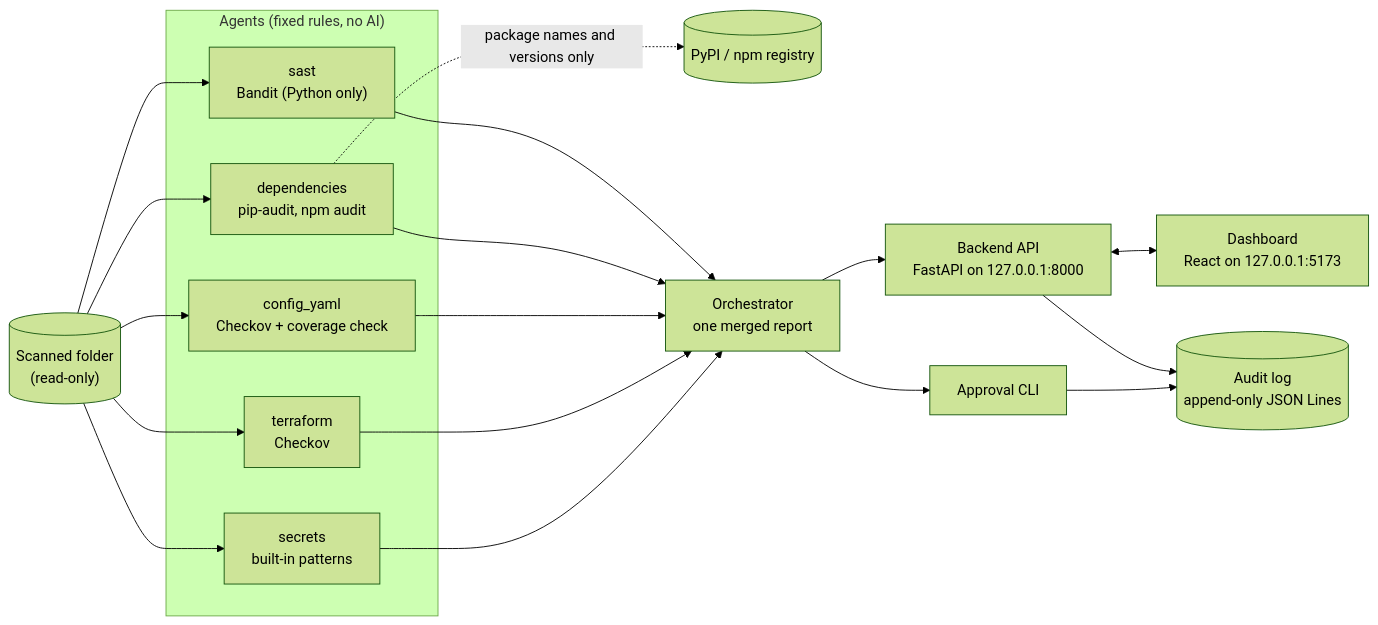
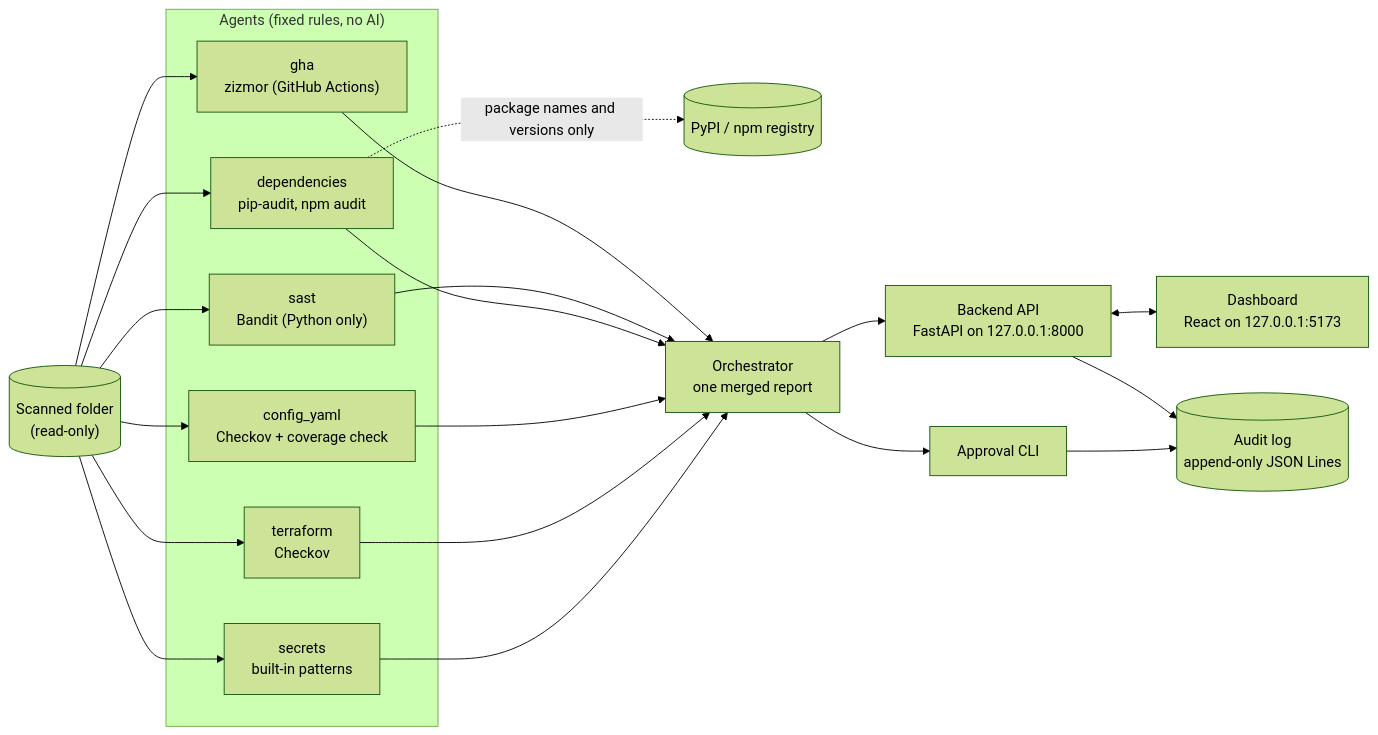
Before and after one commit to samiiraqi/sentinel: the diagram in README.md, drawn with Mermaid (forest theme). The commit also changed other lines of this file and 15 other files, not shown here.

First line of the commit message:
feat: add GitHub Actions security agent (zizmor, offline)

````diff
--- a/README.md
+++ b/README.md
@@ -19,19 +19,20 @@
 ```mermaid
 flowchart LR
     folder[("Scanned folder<br/>(read-only)")]
     subgraph agents["Agents (fixed rules, no AI)"]
         sec["secrets<br/>built-in patterns"]
         tf["terraform<br/>Checkov"]
         cy["config_yaml<br/>Checkov + coverage check"]
         dep["dependencies<br/>pip-audit, npm audit"]
         sast["sast<br/>Bandit (Python only)"]
+        gha["gha<br/>zizmor (GitHub Actions)"]
     end
-    folder --> sec & tf & cy & dep & sast
+    folder --> sec & tf & cy & dep & sast & gha
     dep -. "package names and versions only" .-> reg[("PyPI / npm registry")]
-    sec & tf & cy & dep & sast --> orch["Orchestrator<br/>one merged report"]
+    sec & tf & cy & dep & sast & gha --> orch["Orchestrator<br/>one merged report"]
     orch --> cli["Approval CLI"]
     orch --> api["Backend API<br/>FastAPI on 127.0.0.1:8000"]
     api <--> ui["Dashboard<br/>React on 127.0.0.1:5173"]
     cli --> log[("Audit log<br/>append-only JSON Lines")]
     api --> log
 ```
````
